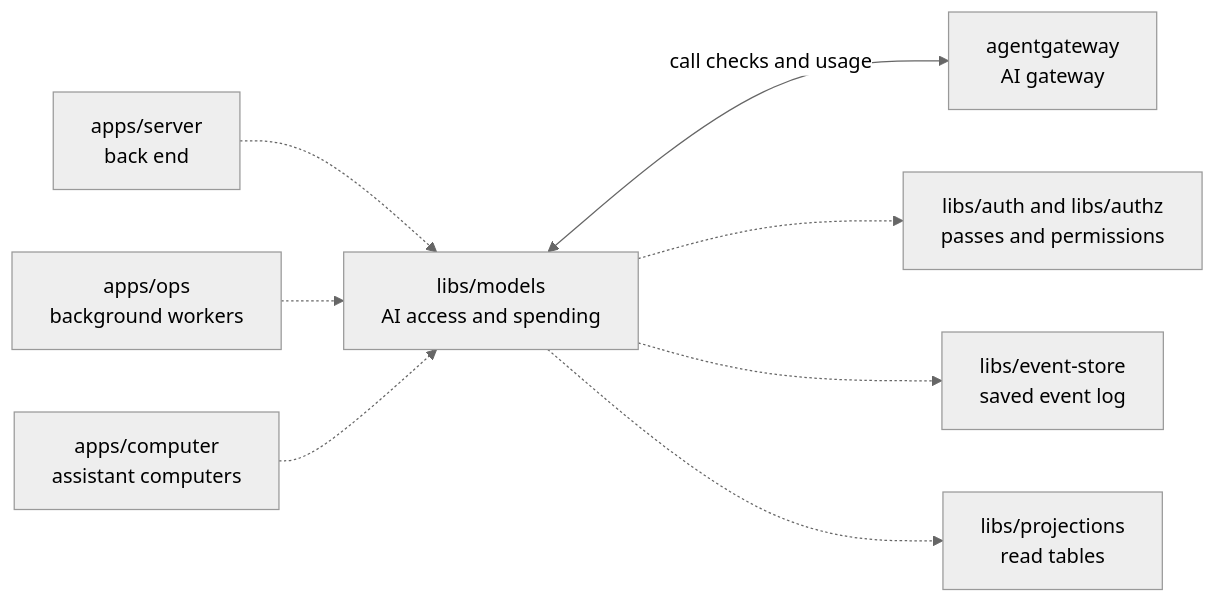
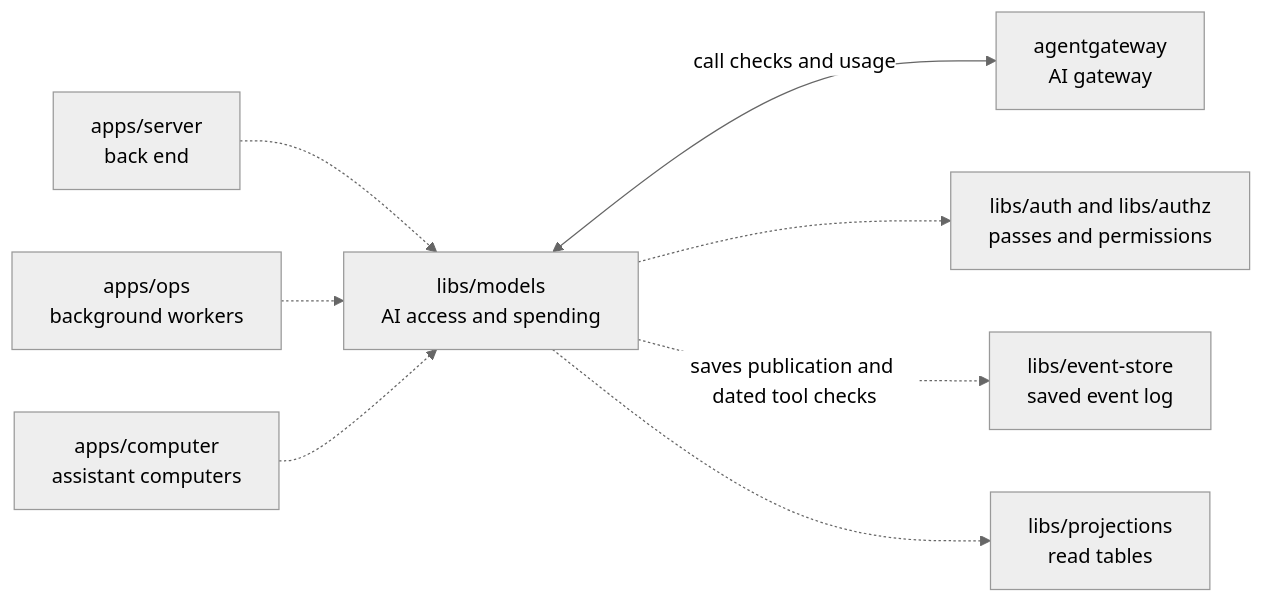
The diagram in libs/models/README.md (elewa-git/opencrane-new), drawn with Mermaid (neutral theme) before and after one commit. The commit also changed other lines of this file and 28 other files, not shown here.

First line of the commit message:
Fix publication invalidation during concurrent catalogue checks (#1178)

````diff
--- a/libs/models/README.md
+++ b/libs/models/README.md
@@ -21,10 +21,10 @@
 ```mermaid
 flowchart LR
   server["apps/server<br/>back end"] -.-> models["libs/models<br/>AI access and spending"]
   ops["apps/ops<br/>background workers"] -.-> models
   computer["apps/computer<br/>assistant computers"] -.-> models
   models <-->|call checks and usage| gateway["agentgateway<br/>AI gateway"]
   models -.-> auth["libs/auth and libs/authz<br/>passes and permissions"]
-  models -.-> store["libs/event-store<br/>saved event log"]
+  models -.->|saves publication and dated tool checks| store["libs/event-store<br/>saved event log"]
   models -.-> projections["libs/projections<br/>read tables"]
 ```
````
